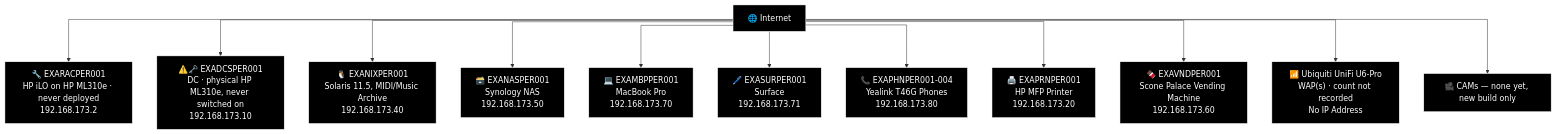
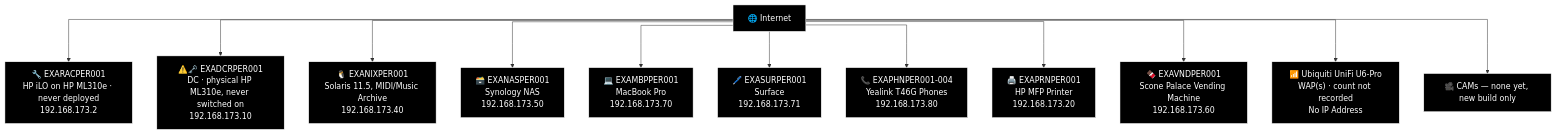
Diagram 16 of 21 in docs/network-diagram/scotland.md (knightmare2600/example_music_infra), drawn with Mermaid before and after one commit. The commit also changed other lines of this file and 8 other files, not shown here.

````diff
--- a/docs/network-diagram/scotland.md
+++ b/docs/network-diagram/scotland.md
@@ -957,41 +932,41 @@
 ```mermaid
 %%{init: {'flowchart': {'curve': 'stepAfter'}}}%%
 graph TD
     O_INET["🌐 Internet"]
     O_RAC["🔧 EXARACPER001<br/>HP iLO on HP ML310e · never deployed<br/>192.168.173.2"]
-    O_DC["⚠️🗝️ EXADCSPER001<br/>DC · physical HP ML310e, never switched on<br/>192.168.173.10"]
+    O_DC["⚠️🗝️ EXADCRPER001<br/>DC · physical HP ML310e, never switched on<br/>192.168.173.10"]
     O_NIX["🐧 EXANIXPER001<br/>Solaris 11.5, MIDI/Music Archive<br/>192.168.173.40"]
     O_NAS["🗃️ EXANASPER001<br/>Synology NAS<br/>192.168.173.50"]
     O_INET --> O_RAC
     O_INET --> O_DC
     O_INET --> O_NIX
     O_INET --> O_NAS
 
     O_MBP["💻 EXAMBPPER001<br/>MacBook Pro<br/>192.168.173.70"]
     O_SUR["🖊️ EXASURPER001<br/>Surface<br/>192.168.173.71"]
     O_PHN["📞 EXAPHNPER001-004<br/>Yealink T46G Phones<br/>192.168.173.80"]
     O_PRN["🖨️ EXAPRNPER001<br/>HP MFP Printer<br/>192.168.173.20"]
     O_VND["🍫 EXAVNDPER001<br/>Scone Palace Vending Machine<br/>192.168.173.60"]
     O_WAP["📶 Ubiquiti UniFi U6-Pro<br/>WAP(s) · count not recorded<br/>No IP Address"]
     O_CAM["🎥 CAMs — none yet, new build only"]
     O_INET --> O_MBP
     O_INET --> O_SUR
     O_INET --> O_PHN
     O_INET --> O_PRN
     O_INET --> O_VND
     O_INET --> O_WAP
     O_INET --> O_CAM
 
     style O_INET fill:#000000,stroke:#FFFFFF,color:#FFFFFF
     style O_RAC fill:#000000,stroke:#FFFFFF,color:#FFFFFF
     style O_DC fill:#000000,stroke:#FFFFFF,color:#FFFFFF
     style O_NIX fill:#000000,stroke:#FFFFFF,color:#FFFFFF
     style O_NAS fill:#000000,stroke:#FFFFFF,color:#FFFFFF
     style O_MBP fill:#000000,stroke:#FFFFFF,color:#FFFFFF
     style O_SUR fill:#000000,stroke:#FFFFFF,color:#FFFFFF
     style O_PHN fill:#000000,stroke:#FFFFFF,color:#FFFFFF
     style O_PRN fill:#000000,stroke:#FFFFFF,color:#FFFFFF
     style O_VND fill:#000000,stroke:#FFFFFF,color:#FFFFFF
     style O_WAP fill:#000000,stroke:#FFFFFF,color:#FFFFFF
     style O_CAM fill:#000000,stroke:#FFFFFF,color:#FFFFFF
 ```
````
